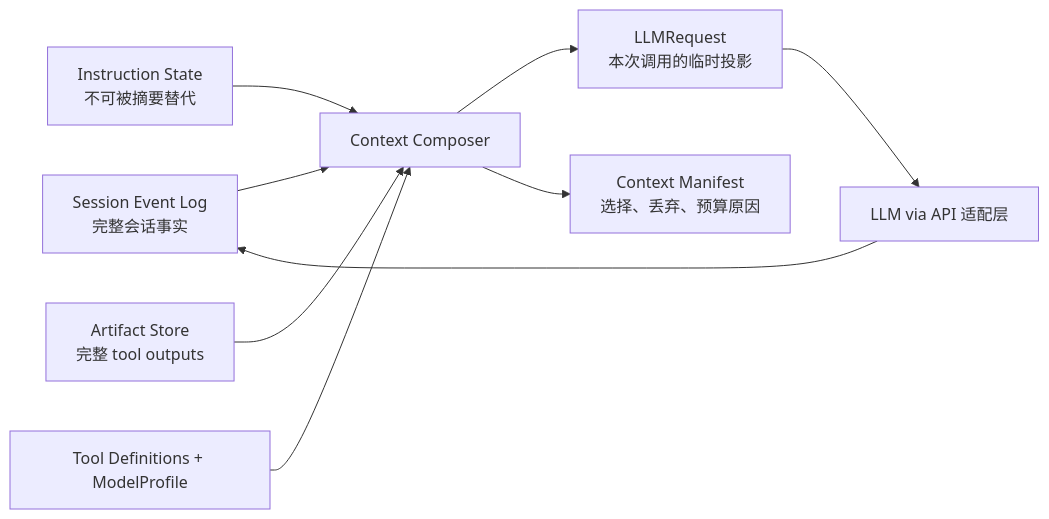
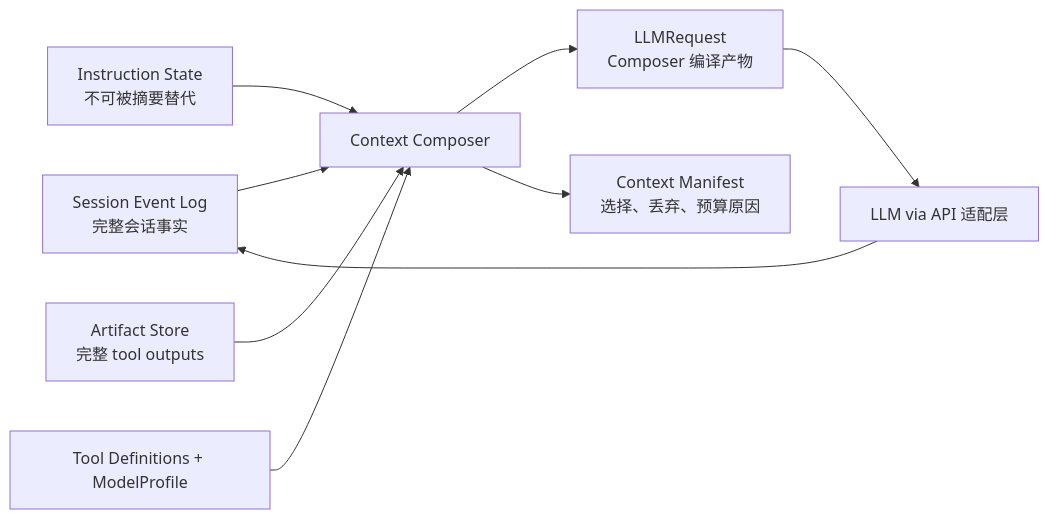
The diagram in docs/notes/context-analysis.md (chendpoc/moontide), drawn with Mermaid before and after one commit. The commit also changed other lines of this file and 16 other files, not shown here.

First line of the commit message:
docs: unify compile/materialize/derive terminology and update architecture

````diff
--- a/docs/notes/context-analysis.md
+++ b/docs/notes/context-analysis.md
@@ -5,11 +5,11 @@
 ```mermaid
 flowchart LR
     SEL["Session Event Log<br/>完整会话事实"] --> C["Context Composer"]
     I["Instruction State<br/>不可被摘要替代"] --> C
     A["Artifact Store<br/>完整 tool outputs"] --> C
     TD["Tool Definitions + ModelProfile"] --> C
-    C --> P["LLMRequest<br/>本次调用的临时投影"]
+    C --> P["LLMRequest<br/>Composer 编译产物"]
     C --> M["Context Manifest<br/>选择、丢弃、预算原因"]
     P --> L["LLM via API 适配层"]
     L --> SEL
 ```
````
